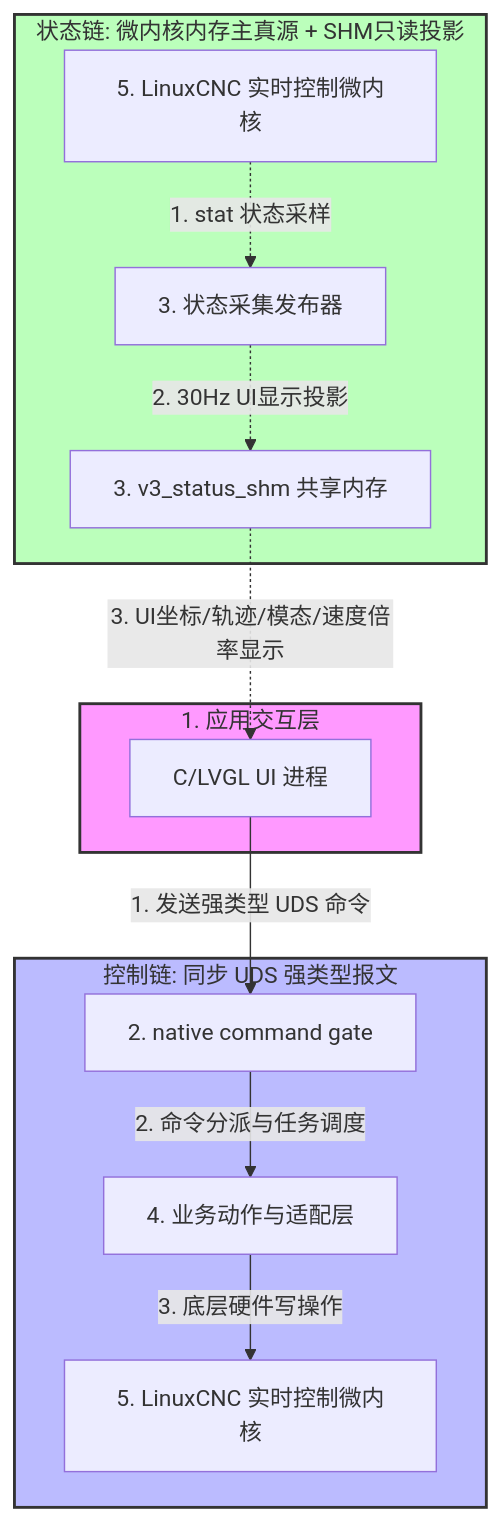
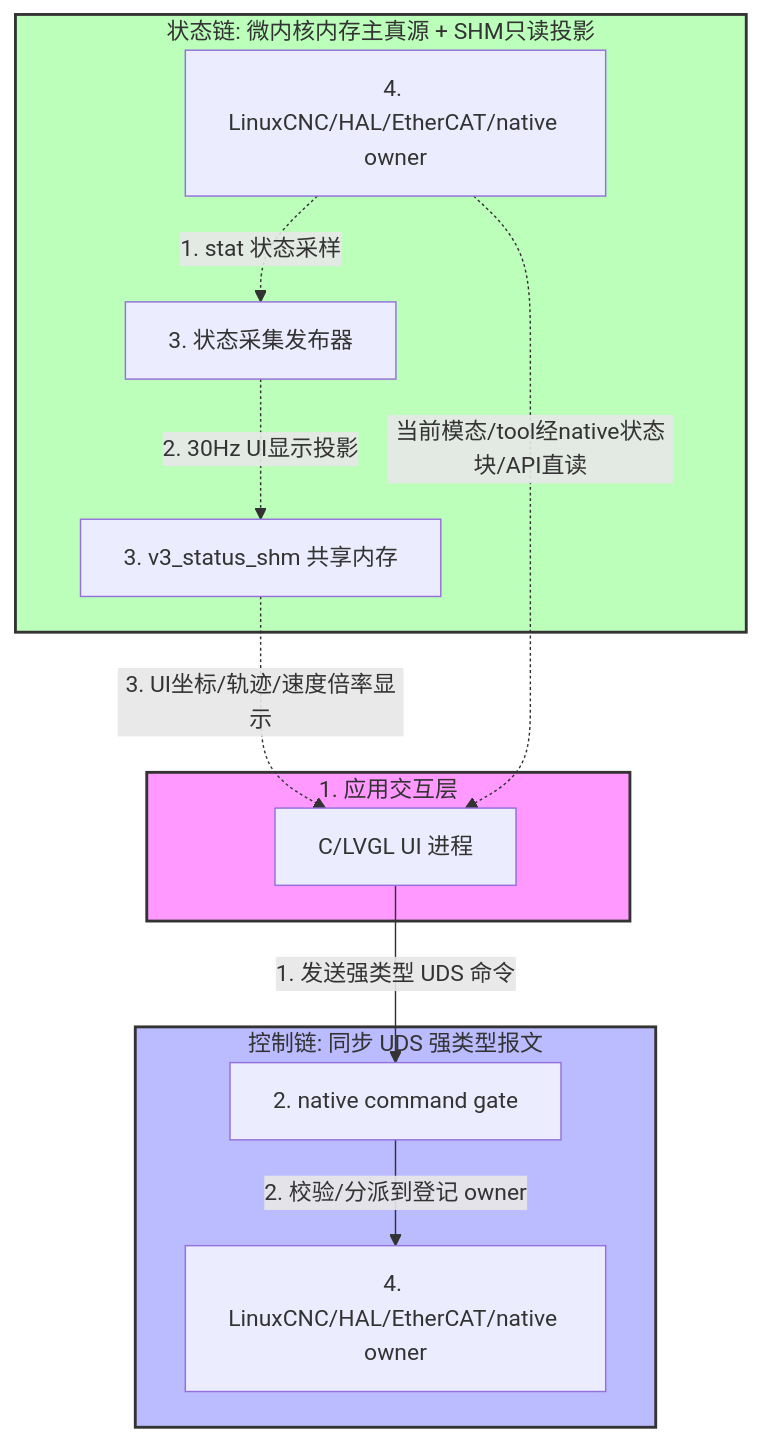
The diagram in 功能/系统代码架构硬边界守则.md (gdsj2001/v5), drawn with Mermaid before and after one commit. The commit also changed other lines of this file and 4 other files, not shown here.

Commit message:
Rename architecture boundary doc for V5 terminology

````diff
--- a/功能/系统代码架构硬边界守则.md
+++ b/功能/系统代码架构硬边界守则.md
@@ -124,34 +124,33 @@
 ```mermaid
 graph TD
     %% 交互层
     subgraph UI_Layer [1. 应用交互层]
         UI[C/LVGL UI 进程]
     end
 
     %% 控制链
     subgraph Control_Chain [控制链: 同步 UDS 强类型报文]
-        Broker[2. native command gate]
-        Actions[4. 业务动作与适配层]
-        LCNC_Cmd[5. LinuxCNC 实时控制微内核]
+        Gate[2. native command gate]
+        LCNC_Cmd[4. LinuxCNC/HAL/EtherCAT/native owner]
 
-        UI -->|1. 发送强类型 UDS 命令| Broker
-        Broker -->|2. 命令分派与任务调度| Actions
-        Actions -->|3. 底层硬件写操作| LCNC_Cmd
+        UI -->|1. 发送强类型 UDS 命令| Gate
+        Gate -->|2. 校验/分派到登记 owner| LCNC_Cmd
     end
 
     %% 状态链
     subgraph State_Chain [状态链: 微内核内存主真源 + SHM只读投影]
-        LCNC_Stat[5. LinuxCNC 实时控制微内核]
+        LCNC_Stat[4. LinuxCNC/HAL/EtherCAT/native owner]
         Publisher[3. 状态采集发布器]
         SHM[3. v3_status_shm 共享内存]
 
         LCNC_Stat -.->|1. stat 状态采样| Publisher
         Publisher -.->|2. 30Hz UI显示投影| SHM
-        SHM -.->|3. UI坐标/轨迹/模态/速度倍率显示| UI
+        SHM -.->|3. UI坐标/轨迹/速度倍率显示| UI
+        LCNC_Stat -.->|当前模态/tool经native状态块/API直读| UI
     end
 
     %% 样式微调
     style UI_Layer fill:#f9f,stroke:#333,stroke-width:2px
     style Control_Chain fill:#bbf,stroke:#333,stroke-width:2px
     style State_Chain fill:#bfb,stroke:#333,stroke-width:2px
 ```
````
